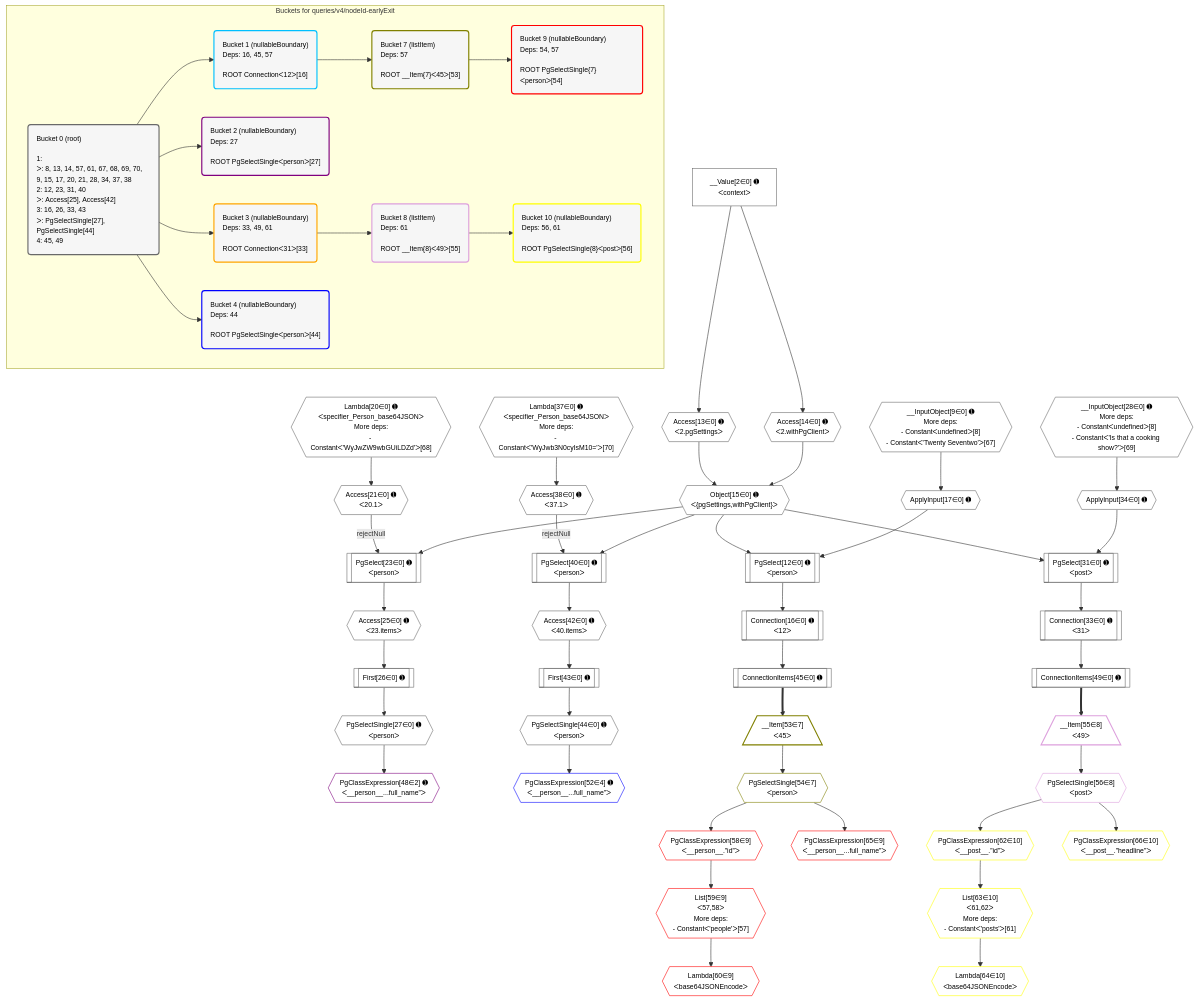
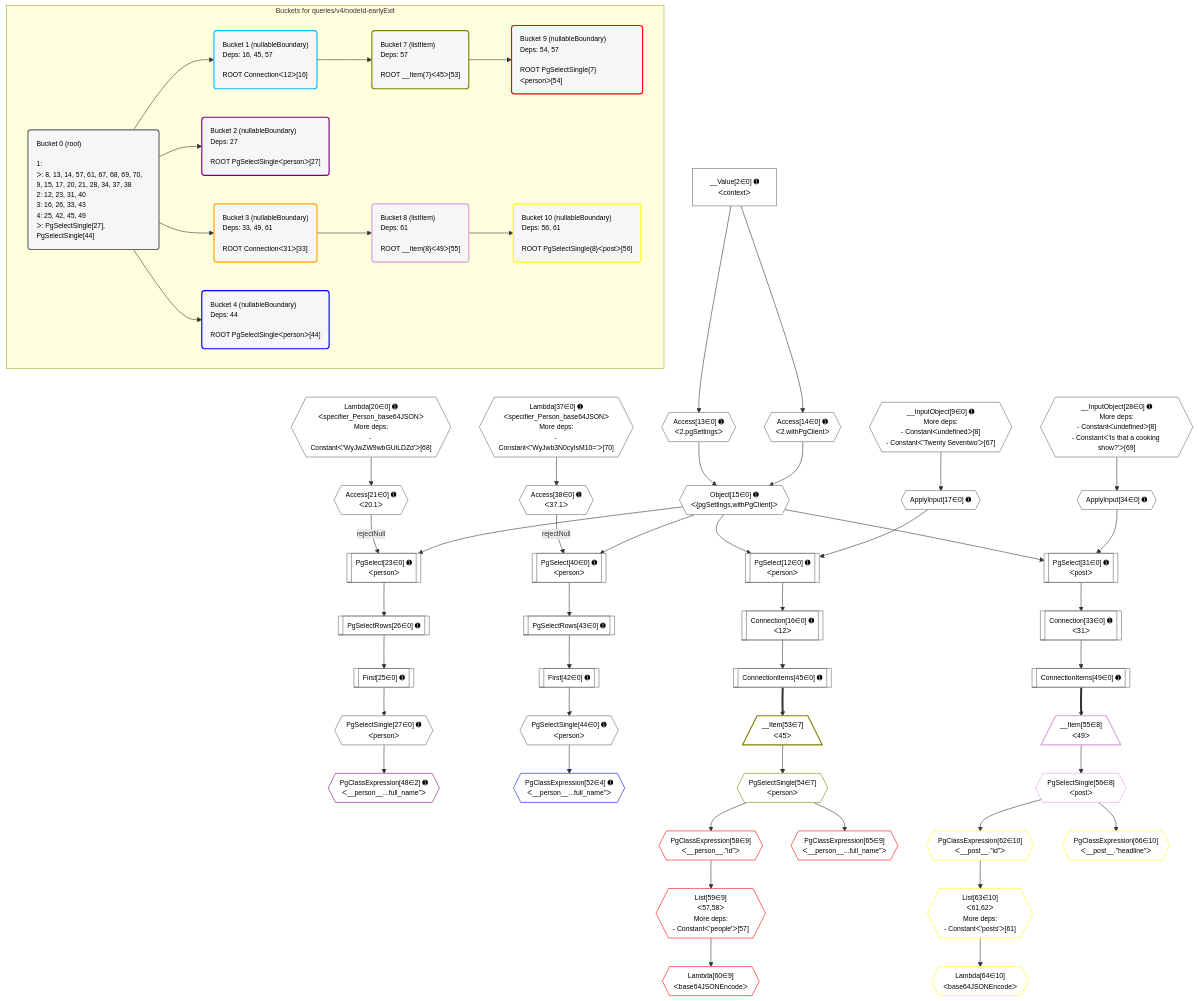
One commit to graphile/crystal changed the diagram in postgraphile/postgraphile/__tests__/queries/v4/nodeId-earlyExit.mermaid. Above: the diagram before and after it, drawn with Mermaid. The commit also changed 300 other files, not shown here.

Commit message:
Update plan diagrams

```diff
--- a/postgraphile/postgraphile/__tests__/queries/v4/nodeId-earlyExit.mermaid
+++ b/postgraphile/postgraphile/__tests__/queries/v4/nodeId-earlyExit.mermaid
@@ -1,124 +1,124 @@
 %%{init: {'themeVariables': { 'fontSize': '12px'}}}%%
 graph TD
     classDef path fill:#eee,stroke:#000,color:#000
     classDef plan fill:#fff,stroke-width:1px,color:#000
     classDef itemplan fill:#fff,stroke-width:2px,color:#000
     classDef unbatchedplan fill:#dff,stroke-width:1px,color:#000
     classDef sideeffectplan fill:#fcc,stroke-width:2px,color:#000
     classDef bucket fill:#f6f6f6,color:#000,stroke-width:2px,text-align:left
 
     subgraph "Buckets for queries/v4/nodeId-earlyExit"
-    Bucket0("Bucket 0 (root)<br /><br />1: <br />ᐳ: 8, 13, 14, 57, 61, 67, 68, 69, 70, 9, 15, 17, 20, 21, 28, 34, 37, 38<br />2: 12, 23, 31, 40<br />ᐳ: Access[25], Access[42]<br />3: 16, 26, 33, 43<br />ᐳ: PgSelectSingle[27], PgSelectSingle[44]<br />4: 45, 49"):::bucket
+    Bucket0("Bucket 0 (root)<br /><br />1: <br />ᐳ: 8, 13, 14, 57, 61, 67, 68, 69, 70, 9, 15, 17, 20, 21, 28, 34, 37, 38<br />2: 12, 23, 31, 40<br />3: 16, 26, 33, 43<br />4: 25, 42, 45, 49<br />ᐳ: PgSelectSingle[27], PgSelectSingle[44]"):::bucket
     Bucket1("Bucket 1 (nullableBoundary)<br />Deps: 16, 45, 57<br /><br />ROOT Connectionᐸ12ᐳ[16]"):::bucket
     Bucket2("Bucket 2 (nullableBoundary)<br />Deps: 27<br /><br />ROOT PgSelectSingleᐸpersonᐳ[27]"):::bucket
     Bucket3("Bucket 3 (nullableBoundary)<br />Deps: 33, 49, 61<br /><br />ROOT Connectionᐸ31ᐳ[33]"):::bucket
     Bucket4("Bucket 4 (nullableBoundary)<br />Deps: 44<br /><br />ROOT PgSelectSingleᐸpersonᐳ[44]"):::bucket
     Bucket7("Bucket 7 (listItem)<br />Deps: 57<br /><br />ROOT __Item{7}ᐸ45ᐳ[53]"):::bucket
     Bucket8("Bucket 8 (listItem)<br />Deps: 61<br /><br />ROOT __Item{8}ᐸ49ᐳ[55]"):::bucket
     Bucket9("Bucket 9 (nullableBoundary)<br />Deps: 54, 57<br /><br />ROOT PgSelectSingle{7}ᐸpersonᐳ[54]"):::bucket
     Bucket10("Bucket 10 (nullableBoundary)<br />Deps: 56, 61<br /><br />ROOT PgSelectSingle{8}ᐸpostᐳ[56]"):::bucket
     end
     Bucket0 --> Bucket1 & Bucket2 & Bucket3 & Bucket4
     Bucket1 --> Bucket7
     Bucket3 --> Bucket8
     Bucket7 --> Bucket9
     Bucket8 --> Bucket10
 
     %% plan dependencies
     __InputObject9{{"__InputObject[9∈0] ➊<br />More deps:<br />- Constantᐸundefinedᐳ[8]<br />- Constantᐸ'Twenty Seventwo'ᐳ[67]"}}:::plan
     PgSelect12[["PgSelect[12∈0] ➊<br />ᐸpersonᐳ"]]:::plan
     Object15{{"Object[15∈0] ➊<br />ᐸ{pgSettings,withPgClient}ᐳ"}}:::plan
     ApplyInput17{{"ApplyInput[17∈0] ➊"}}:::plan
     Object15 & ApplyInput17 --> PgSelect12
     Access13{{"Access[13∈0] ➊<br />ᐸ2.pgSettingsᐳ"}}:::plan
     Access14{{"Access[14∈0] ➊<br />ᐸ2.withPgClientᐳ"}}:::plan
     Access13 & Access14 --> Object15
     PgSelect23[["PgSelect[23∈0] ➊<br />ᐸpersonᐳ"]]:::plan
     Access21{{"Access[21∈0] ➊<br />ᐸ20.1ᐳ"}}:::plan
     Access21 -->|rejectNull| PgSelect23
     Object15 --> PgSelect23
     __InputObject28{{"__InputObject[28∈0] ➊<br />More deps:<br />- Constantᐸundefinedᐳ[8]<br />- Constantᐸ'Is that a cooking show?'ᐳ[69]"}}:::plan
     PgSelect31[["PgSelect[31∈0] ➊<br />ᐸpostᐳ"]]:::plan
     ApplyInput34{{"ApplyInput[34∈0] ➊"}}:::plan
     Object15 & ApplyInput34 --> PgSelect31
     PgSelect40[["PgSelect[40∈0] ➊<br />ᐸpersonᐳ"]]:::plan
     Access38{{"Access[38∈0] ➊<br />ᐸ37.1ᐳ"}}:::plan
     Access38 -->|rejectNull| PgSelect40
     Object15 --> PgSelect40
     __Value2["__Value[2∈0] ➊<br />ᐸcontextᐳ"]:::plan
     __Value2 --> Access13
     __Value2 --> Access14
     Connection16[["Connection[16∈0] ➊<br />ᐸ12ᐳ"]]:::plan
     PgSelect12 --> Connection16
     __InputObject9 --> ApplyInput17
     Lambda20{{"Lambda[20∈0] ➊<br />ᐸspecifier_Person_base64JSONᐳ<br />More deps:<br />- Constantᐸ'WyJwZW9wbGUiLDZd'ᐳ[68]"}}:::plan
     Lambda20 --> Access21
-    Access25{{"Access[25∈0] ➊<br />ᐸ23.itemsᐳ"}}:::plan
-    PgSelect23 --> Access25
-    First26[["First[26∈0] ➊"]]:::plan
-    Access25 --> First26
+    First25[["First[25∈0] ➊"]]:::plan
+    PgSelectRows26[["PgSelectRows[26∈0] ➊"]]:::plan
+    PgSelectRows26 --> First25
+    PgSelect23 --> PgSelectRows26
     PgSelectSingle27{{"PgSelectSingle[27∈0] ➊<br />ᐸpersonᐳ"}}:::plan
-    First26 --> PgSelectSingle27
+    First25 --> PgSelectSingle27
     Connection33[["Connection[33∈0] ➊<br />ᐸ31ᐳ"]]:::plan
     PgSelect31 --> Connection33
     __InputObject28 --> ApplyInput34
     Lambda37{{"Lambda[37∈0] ➊<br />ᐸspecifier_Person_base64JSONᐳ<br />More deps:<br />- Constantᐸ'WyJwb3N0cyIsM10='ᐳ[70]"}}:::plan
     Lambda37 --> Access38
-    Access42{{"Access[42∈0] ➊<br />ᐸ40.itemsᐳ"}}:::plan
-    PgSelect40 --> Access42
-    First43[["First[43∈0] ➊"]]:::plan
-    Access42 --> First43
+    First42[["First[42∈0] ➊"]]:::plan
+    PgSelectRows43[["PgSelectRows[43∈0] ➊"]]:::plan
+    PgSelectRows43 --> First42
+    PgSelect40 --> PgSelectRows43
     PgSelectSingle44{{"PgSelectSingle[44∈0] ➊<br />ᐸpersonᐳ"}}:::plan
-    First43 --> PgSelectSingle44
+    First42 --> PgSelectSingle44
     ConnectionItems45[["ConnectionItems[45∈0] ➊"]]:::plan
     Connection16 --> ConnectionItems45
     ConnectionItems49[["ConnectionItems[49∈0] ➊"]]:::plan
     Connection33 --> ConnectionItems49
     PgClassExpression48{{"PgClassExpression[48∈2] ➊<br />ᐸ__person__...full_name”ᐳ"}}:::plan
     PgSelectSingle27 --> PgClassExpression48
     PgClassExpression52{{"PgClassExpression[52∈4] ➊<br />ᐸ__person__...full_name”ᐳ"}}:::plan
     PgSelectSingle44 --> PgClassExpression52
     __Item53[/"__Item[53∈7]<br />ᐸ45ᐳ"\]:::itemplan
     ConnectionItems45 ==> __Item53
     PgSelectSingle54{{"PgSelectSingle[54∈7]<br />ᐸpersonᐳ"}}:::plan
     __Item53 --> PgSelectSingle54
     __Item55[/"__Item[55∈8]<br />ᐸ49ᐳ"\]:::itemplan
     ConnectionItems49 ==> __Item55
     PgSelectSingle56{{"PgSelectSingle[56∈8]<br />ᐸpostᐳ"}}:::plan
     __Item55 --> PgSelectSingle56
     List59{{"List[59∈9]<br />ᐸ57,58ᐳ<br />More deps:<br />- Constantᐸ'people'ᐳ[57]"}}:::plan
     PgClassExpression58{{"PgClassExpression[58∈9]<br />ᐸ__person__.”id”ᐳ"}}:::plan
     PgClassExpression58 --> List59
     PgSelectSingle54 --> PgClassExpression58
     Lambda60{{"Lambda[60∈9]<br />ᐸbase64JSONEncodeᐳ"}}:::plan
     List59 --> Lambda60
     PgClassExpression65{{"PgClassExpression[65∈9]<br />ᐸ__person__...full_name”ᐳ"}}:::plan
     PgSelectSingle54 --> PgClassExpression65
     List63{{"List[63∈10]<br />ᐸ61,62ᐳ<br />More deps:<br />- Constantᐸ'posts'ᐳ[61]"}}:::plan
     PgClassExpression62{{"PgClassExpression[62∈10]<br />ᐸ__post__.”id”ᐳ"}}:::plan
     PgClassExpression62 --> List63
     PgSelectSingle56 --> PgClassExpression62
     Lambda64{{"Lambda[64∈10]<br />ᐸbase64JSONEncodeᐳ"}}:::plan
     List63 --> Lambda64
     PgClassExpression66{{"PgClassExpression[66∈10]<br />ᐸ__post__.”headline”ᐳ"}}:::plan
     PgSelectSingle56 --> PgClassExpression66
 
     %% define steps
     classDef bucket0 stroke:#696969
-    class Bucket0,__Value2,__InputObject9,PgSelect12,Access13,Access14,Object15,Connection16,ApplyInput17,Lambda20,Access21,PgSelect23,Access25,First26,PgSelectSingle27,__InputObject28,PgSelect31,Connection33,ApplyInput34,Lambda37,Access38,PgSelect40,Access42,First43,PgSelectSingle44,ConnectionItems45,ConnectionItems49 bucket0
+    class Bucket0,__Value2,__InputObject9,PgSelect12,Access13,Access14,Object15,Connection16,ApplyInput17,Lambda20,Access21,PgSelect23,First25,PgSelectRows26,PgSelectSingle27,__InputObject28,PgSelect31,Connection33,ApplyInput34,Lambda37,Access38,PgSelect40,First42,PgSelectRows43,PgSelectSingle44,ConnectionItems45,ConnectionItems49 bucket0
     classDef bucket1 stroke:#00bfff
     class Bucket1 bucket1
     classDef bucket2 stroke:#7f007f
     class Bucket2,PgClassExpression48 bucket2
     classDef bucket3 stroke:#ffa500
     class Bucket3 bucket3
     classDef bucket4 stroke:#0000ff
     class Bucket4,PgClassExpression52 bucket4
     classDef bucket7 stroke:#808000
     class Bucket7,__Item53,PgSelectSingle54 bucket7
     classDef bucket8 stroke:#dda0dd
     class Bucket8,__Item55,PgSelectSingle56 bucket8
     classDef bucket9 stroke:#ff0000
     class Bucket9,PgClassExpression58,List59,Lambda60,PgClassExpression65 bucket9
     classDef bucket10 stroke:#ffff00
     class Bucket10,PgClassExpression62,List63,Lambda64,PgClassExpression66 bucket10
```
